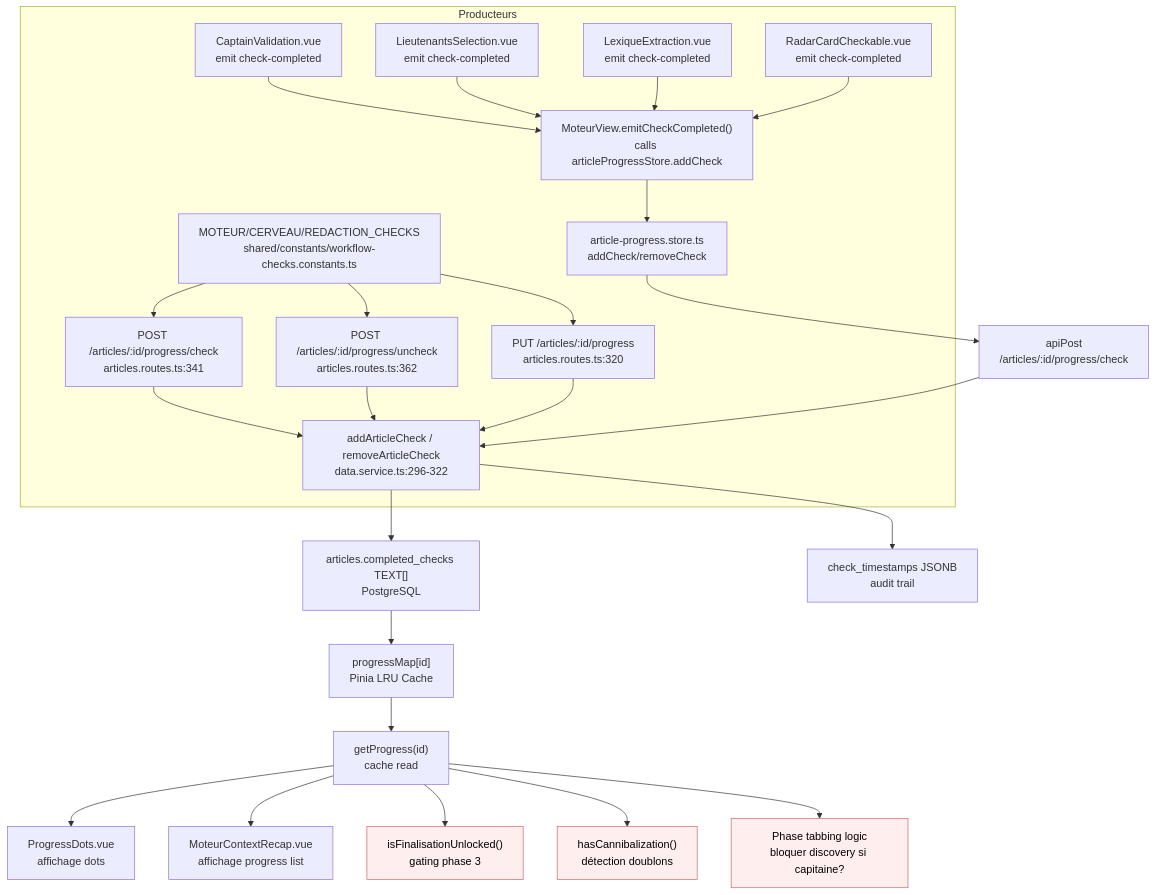
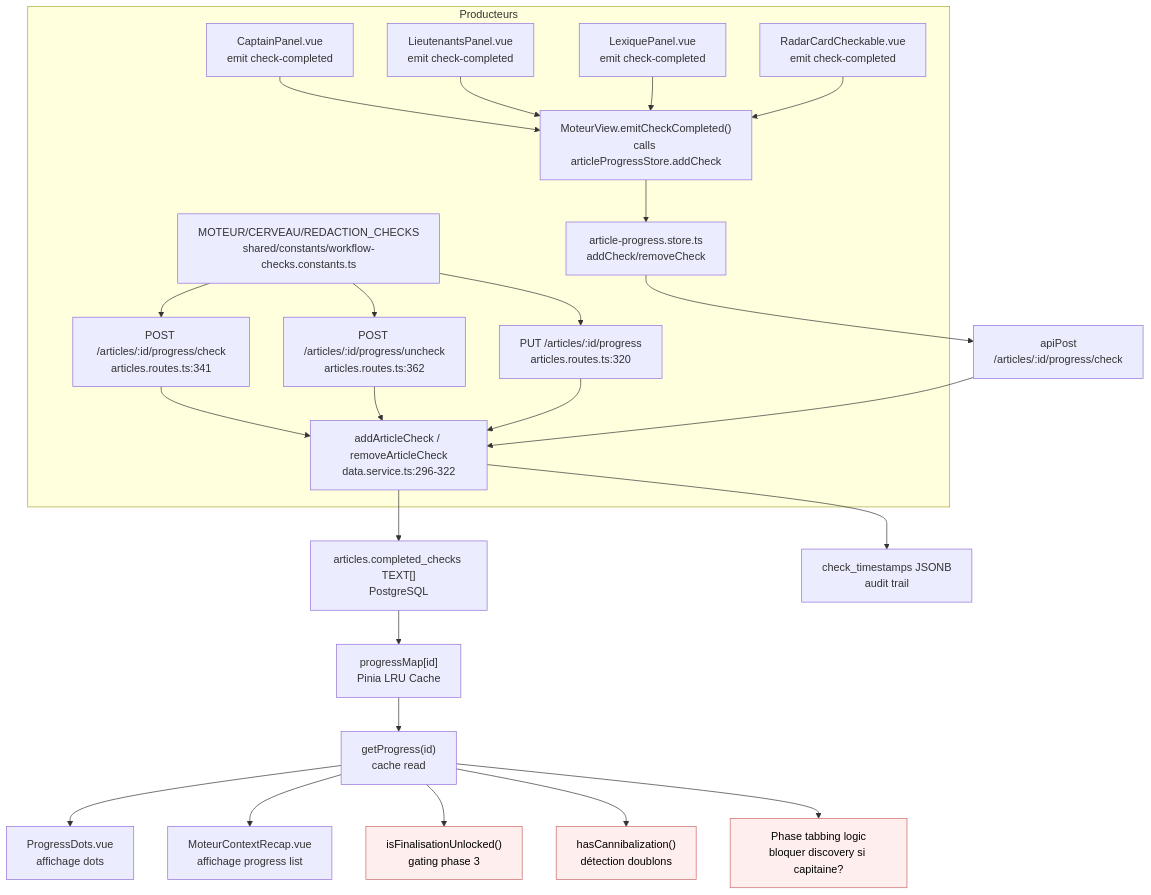
One commit to annubis-knight/Blog_Redactor_SEO changed the diagram in docs/data-flows/completed-checks.md. Above: the diagram before and after it, drawn with Mermaid. The commit also changed other lines of this file and 44 other files, not shown here.

````diff
--- a/docs/data-flows/completed-checks.md
+++ b/docs/data-flows/completed-checks.md
@@ -124,48 +124,48 @@
 ```mermaid
 flowchart TD
     subgraph Producteurs["Producteurs"]
         Const["MOTEUR/CERVEAU/REDACTION_CHECKS<br/>shared/constants/workflow-checks.constants.ts"]
         EP1["POST /articles/:id/progress/check<br/>articles.routes.ts:341"]
         EP2["POST /articles/:id/progress/uncheck<br/>articles.routes.ts:362"]
         EP3["PUT /articles/:id/progress<br/>articles.routes.ts:320"]
         SVC["addArticleCheck / removeArticleCheck<br/>data.service.ts:296-322"]
-        CaptainC["CaptainValidation.vue<br/>emit check-completed"]
-        LieutenantC["LieutenantsSelection.vue<br/>emit check-completed"]
-        LexiqueC["LexiqueExtraction.vue<br/>emit check-completed"]
+        CaptainC["CaptainPanel.vue<br/>emit check-completed"]
+        LieutenantC["LieutenantsPanel.vue<br/>emit check-completed"]
+        LexiqueC["LexiquePanel.vue<br/>emit check-completed"]
         RadarC["RadarCardCheckable.vue<br/>emit check-completed"]
         MView["MoteurView.emitCheckCompleted()<br/>calls articleProgressStore.addCheck"]
         Store["article-progress.store.ts<br/>addCheck/removeCheck"]
     end
     
     Const --> EP1
     Const --> EP2
     Const --> EP3
     
     CaptainC --> MView
     LieutenantC --> MView
     LexiqueC --> MView
     RadarC --> MView
     
     MView --> Store
     EP1 --> SVC
     EP2 --> SVC
     EP3 --> SVC
     
     Store --> API["apiPost<br/>/articles/:id/progress/check"]
     API --> SVC
     
     SVC --> DB["articles.completed_checks TEXT[]<br/>PostgreSQL"]
     SVC --> TS["check_timestamps JSONB<br/>audit trail"]
     
     DB --> Cache["progressMap[id]<br/>Pinia LRU Cache"]
     Cache --> GetProg["getProgress(id)<br/>cache read"]
     
     GetProg --> Dots["ProgressDots.vue<br/>affichage dots"]
     GetProg --> Recap["MoteurContextRecap.vue<br/>affichage progress list"]
     GetProg --> Gate["isFinalisationUnlocked()<br/>gating phase 3"]:::calc
     GetProg --> Canib["hasCannibalization()<br/>détection doublons"]:::calc
     GetProg --> TabCtrl["Phase tabbing logic<br/>bloquer discovery si capitaine?"]:::calc
     
     classDef calc fill:#fee,stroke:#c66,color:#000
     class Gate,Canib,TabCtrl calc
 ```
````
